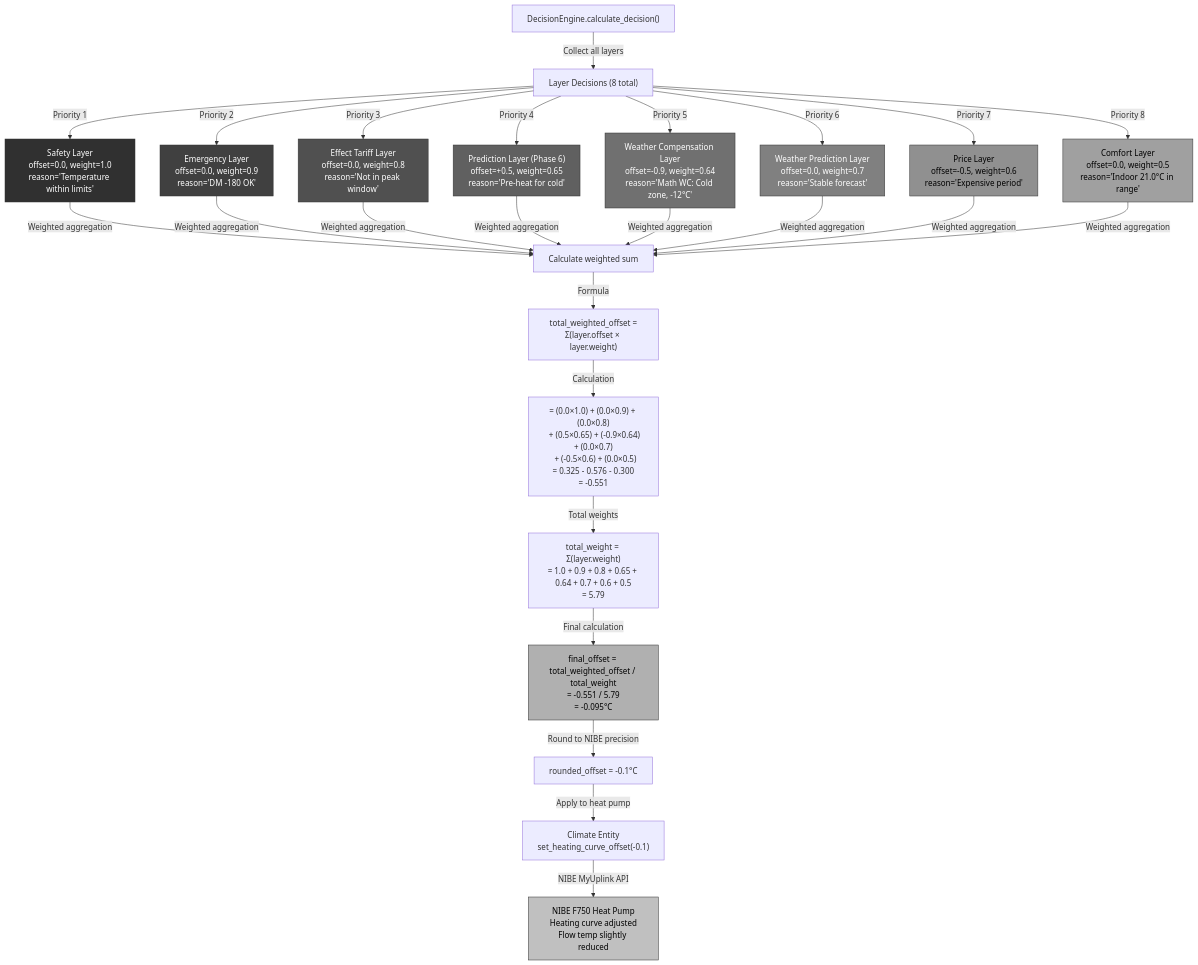
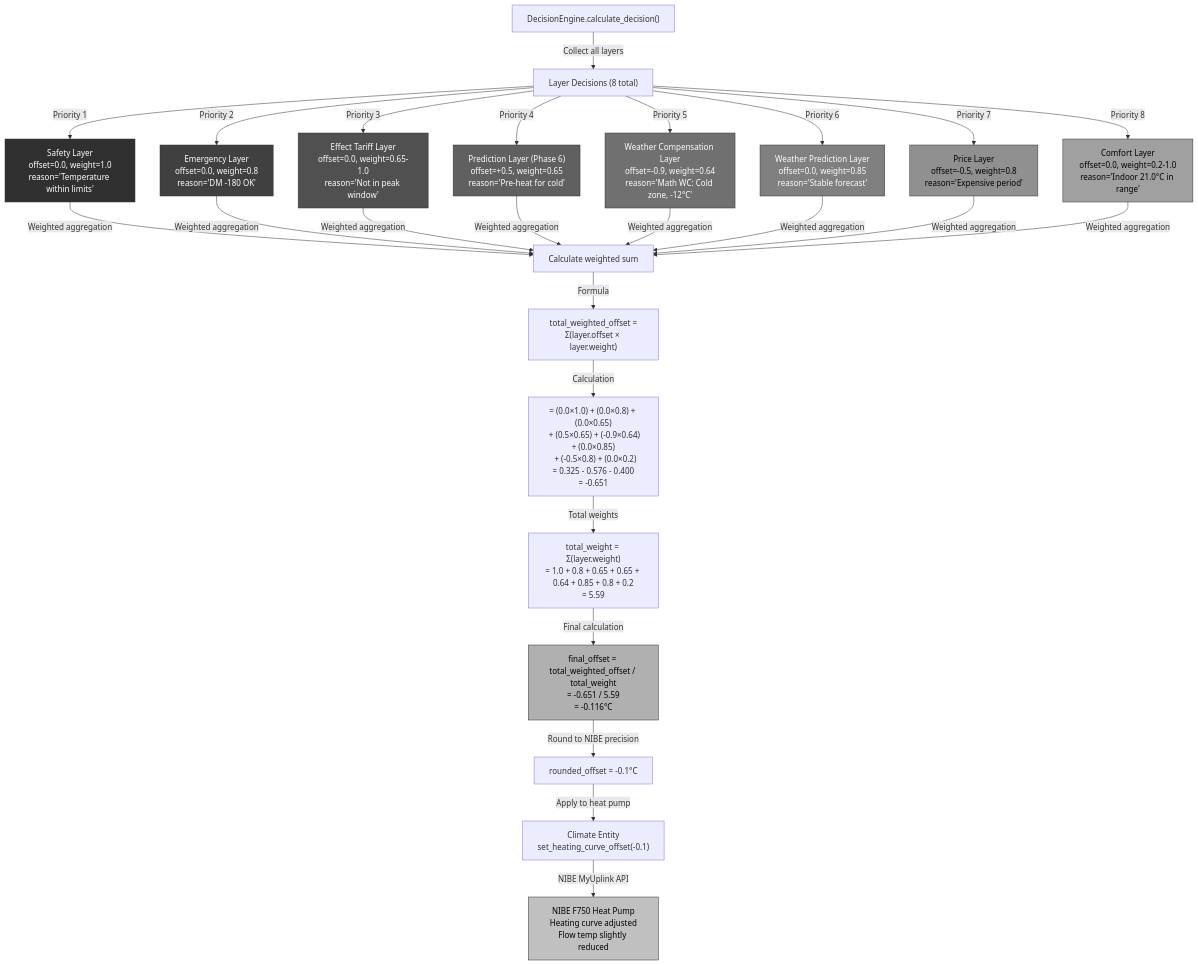
Before and after one commit to enoch85/EffektGuard: the fifth of 5 diagrams in docs/architecture/10_adaptive_climate_zones.md, drawn with Mermaid. The commit also changed other lines of this file and 6 other files, not shown here.

````diff
--- a/docs/architecture/10_adaptive_climate_zones.md
+++ b/docs/architecture/10_adaptive_climate_zones.md
@@ -204,40 +200,40 @@
 ```mermaid
 flowchart TD
     A["DecisionEngine.calculate_decision()"] -->|Collect all layers| B["Layer Decisions (8 total)"]
     
     B -->|Priority 1| L1["Safety Layer<br/>offset=0.0, weight=1.0<br/>reason='Temperature within limits'"]
-    B -->|Priority 2| L2["Emergency Layer<br/>offset=0.0, weight=0.9<br/>reason='DM -180 OK'"]
-    B -->|Priority 3| L3["Effect Tariff Layer<br/>offset=0.0, weight=0.8<br/>reason='Not in peak window'"]
+    B -->|Priority 2| L2["Emergency Layer<br/>offset=0.0, weight=0.8<br/>reason='DM -180 OK'"]
+    B -->|Priority 3| L3["Effect Tariff Layer<br/>offset=0.0, weight=0.65-1.0<br/>reason='Not in peak window'"]
     B -->|Priority 4| L4["Prediction Layer (Phase 6)<br/>offset=+0.5, weight=0.65<br/>reason='Pre-heat for cold'"]
     B -->|Priority 5| L5["Weather Compensation Layer<br/>offset=-0.9, weight=0.64<br/>reason='Math WC: Cold zone, -12°C'"]
-    B -->|Priority 6| L6["Weather Prediction Layer<br/>offset=0.0, weight=0.7<br/>reason='Stable forecast'"]
-    B -->|Priority 7| L7["Price Layer<br/>offset=-0.5, weight=0.6<br/>reason='Expensive period'"]
-    B -->|Priority 8| L8["Comfort Layer<br/>offset=0.0, weight=0.5<br/>reason='Indoor 21.0°C in range'"]
+    B -->|Priority 6| L6["Weather Prediction Layer<br/>offset=0.0, weight=0.85<br/>reason='Stable forecast'"]
+    B -->|Priority 7| L7["Price Layer<br/>offset=-0.5, weight=0.8<br/>reason='Expensive period'"]
+    B -->|Priority 8| L8["Comfort Layer<br/>offset=0.0, weight=0.2-1.0<br/>reason='Indoor 21.0°C in range'"]
     
     L1 & L2 & L3 & L4 & L5 & L6 & L7 & L8 -->|Weighted aggregation| C["Calculate weighted sum"]
     
     C -->|Formula| D["total_weighted_offset =<br/>Σ(layer.offset × layer.weight)"]
     
-    D -->|Calculation| E["= (0.0×1.0) + (0.0×0.9) + (0.0×0.8)<br/>  + (0.5×0.65) + (-0.9×0.64) + (0.0×0.7)<br/>  + (-0.5×0.6) + (0.0×0.5)<br/>= 0.325 - 0.576 - 0.300<br/>= -0.551"]
+    D -->|Calculation| E["= (0.0×1.0) + (0.0×0.8) + (0.0×0.65)<br/>  + (0.5×0.65) + (-0.9×0.64) + (0.0×0.85)<br/>  + (-0.5×0.8) + (0.0×0.2)<br/>= 0.325 - 0.576 - 0.400<br/>= -0.651"]
     
-    E -->|Total weights| F["total_weight = Σ(layer.weight)<br/>= 1.0 + 0.9 + 0.8 + 0.65 + 0.64 + 0.7 + 0.6 + 0.5<br/>= 5.79"]
+    E -->|Total weights| F["total_weight = Σ(layer.weight)<br/>= 1.0 + 0.8 + 0.65 + 0.65 + 0.64 + 0.85 + 0.8 + 0.2<br/>= 5.59"]
     
-    F -->|Final calculation| G["final_offset = total_weighted_offset / total_weight<br/>= -0.551 / 5.79<br/>= -0.095°C"]
+    F -->|Final calculation| G["final_offset = total_weighted_offset / total_weight<br/>= -0.651 / 5.59<br/>= -0.116°C"]
     
     G -->|Round to NIBE precision| H["rounded_offset = -0.1°C"]
     
     H -->|Apply to heat pump| I["Climate Entity<br/>set_heating_curve_offset(-0.1)"]
     
     I -->|NIBE MyUplink API| J["NIBE F750 Heat Pump<br/>Heating curve adjusted<br/>Flow temp slightly reduced"]
     
     style L1 fill:#303030,stroke:#333,color:#fff
     style L2 fill:#404040,stroke:#333,color:#fff
     style L3 fill:#505050,stroke:#333,color:#fff
     style L4 fill:#606060,stroke:#333,color:#fff
     style L5 fill:#707070,stroke:#333,color:#fff
     style L6 fill:#808080,stroke:#333,color:#fff
     style L7 fill:#909090,stroke:#333,color:#000
     style L8 fill:#a0a0a0,stroke:#333,color:#000
     style G fill:#b0b0b0,stroke:#333,color:#000
     style J fill:#c0c0c0,stroke:#333,color:#000
 ```
````
